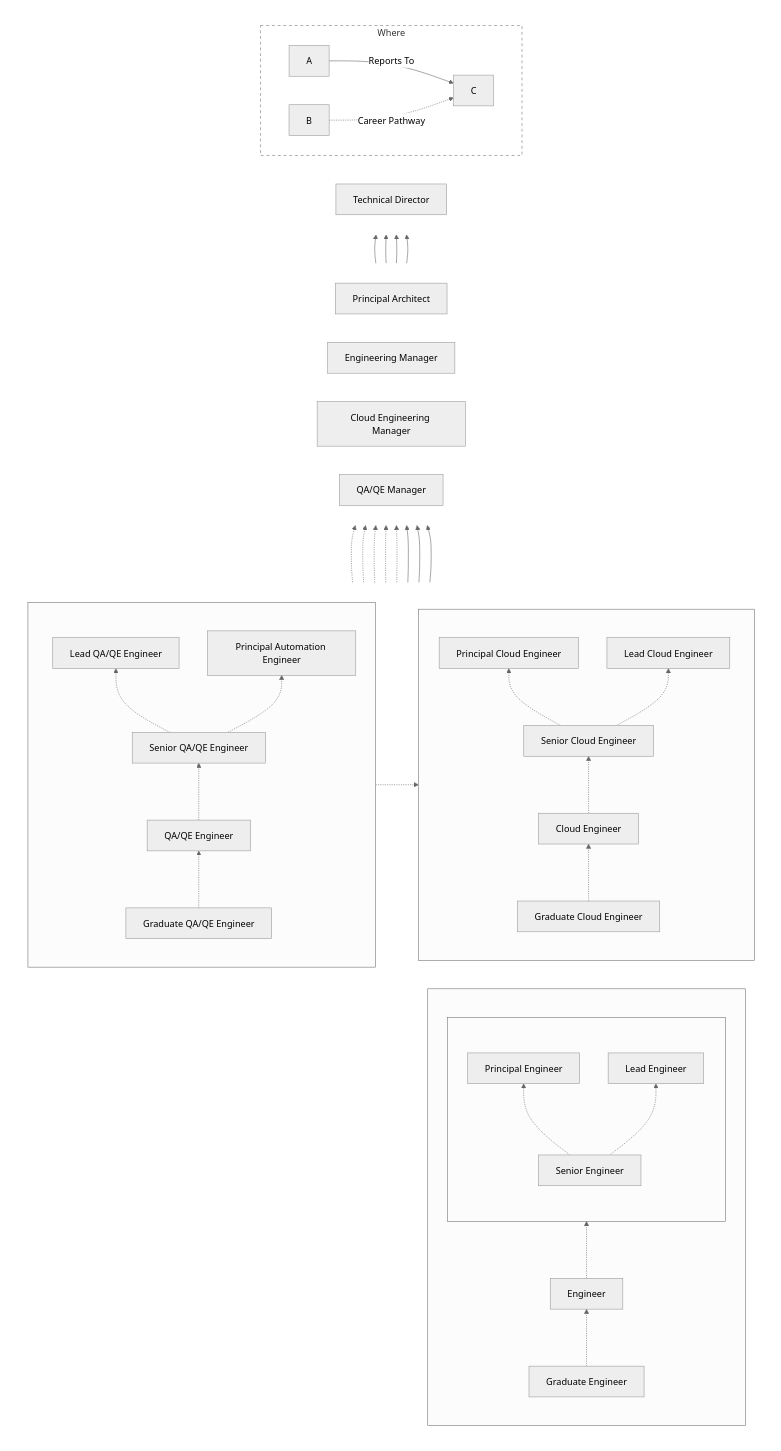
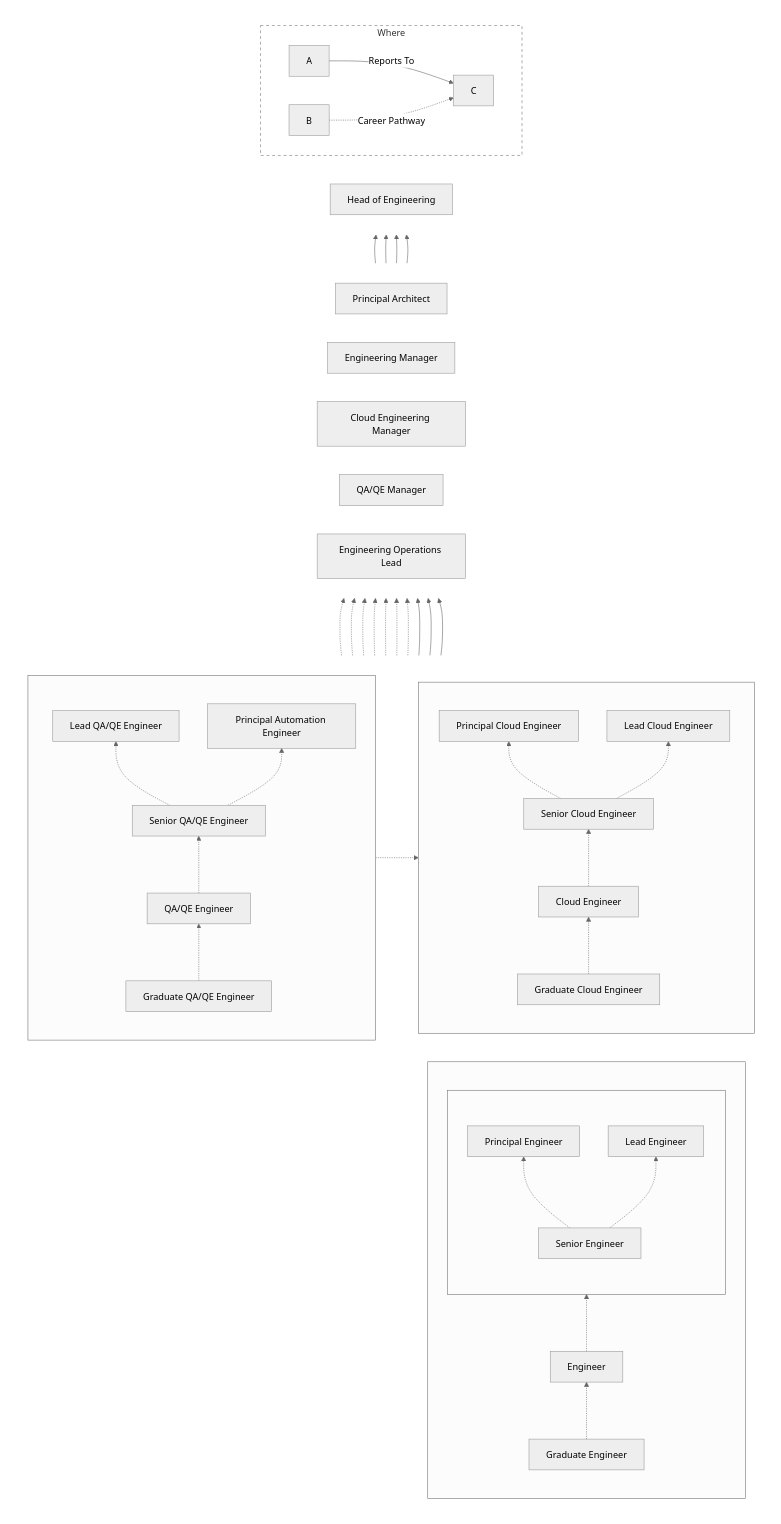
Before and after one commit to loanmarket/career-ladder: the diagram in DIAGRAM.md, drawn with Mermaid (neutral theme). The commit also changed 2 other files, not shown here.

Commit message:
Adding new role, Engineering operations lead and updating the diagram.

```diff
--- a/DIAGRAM.md
+++ b/DIAGRAM.md
@@ -3,7 +3,7 @@
   subgraph band_td [ ]
     direction LR
     
-    td[Technical Director]
+    td[Head of Engineering]
 
     subgraph legend [Where]
       direction LR
@@ -20,6 +20,7 @@
     em[Engineering Manager]
     cem[Cloud Engineering Manager]
     qam[QA/QE Manager]
+    eol[Engineering Operations Lead]
   end
 
   subgraph band_teams [ ]
@@ -78,6 +79,7 @@
 
   pae -.-> report_cem
   le -.-> em
+  le -.-> eol
   lce -.-> cem
   lqe -.-> qam
 
@@ -85,6 +87,7 @@
   report_cem --> cem
   report_qam --> qam
   pe -..-> pa
+  pe -.-> eol
   pce -..-> pa
 
   pa --> td
```
